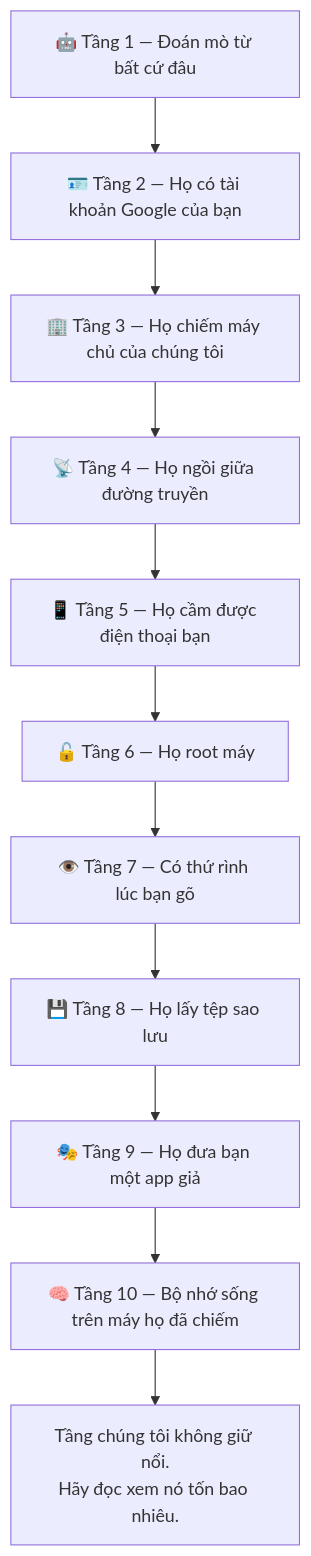
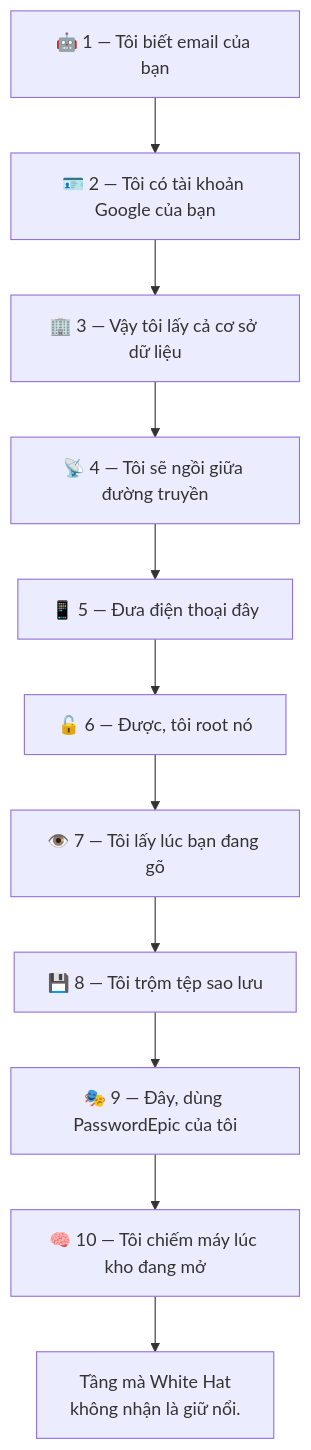
Before and after one commit to TuPhung369/passwordepic-website: the second of 11 diagrams in i18n/vi/docusaurus-plugin-content-docs/current/attack-scenarios.md, drawn with Mermaid. The commit also changed other lines of this file and 6 other files, not shown here.

````diff
--- a/i18n/vi/docusaurus-plugin-content-docs/current/attack-scenarios.md
+++ b/i18n/vi/docusaurus-plugin-content-docs/current/attack-scenarios.md
@@ -17,13 +41,13 @@
 ```mermaid
 flowchart TD
-  F1["🤖 Tầng 1 — Đoán mò từ bất cứ đâu"] --> F2["🪪 Tầng 2 — Họ có tài khoản Google của bạn"]
-  F2 --> F3["🏢 Tầng 3 — Họ chiếm máy chủ của chúng tôi"]
-  F3 --> F4["📡 Tầng 4 — Họ ngồi giữa đường truyền"]
-  F4 --> F5["📱 Tầng 5 — Họ cầm được điện thoại bạn"]
-  F5 --> F6["🔓 Tầng 6 — Họ root máy"]
-  F6 --> F7["👁️ Tầng 7 — Có thứ rình lúc bạn gõ"]
-  F7 --> F8["💾 Tầng 8 — Họ lấy tệp sao lưu"]
-  F8 --> F9["🎭 Tầng 9 — Họ đưa bạn một app giả"]
-  F9 --> F10["🧠 Tầng 10 — Bộ nhớ sống trên máy họ đã chiếm"]
-  F10 --> X["Tầng chúng tôi không giữ nổi.<br/>Hãy đọc xem nó tốn bao nhiêu."]
+  F1["🤖 1 — Tôi biết email của bạn"] --> F2["🪪 2 — Tôi có tài khoản Google của bạn"]
+  F2 --> F3["🏢 3 — Vậy tôi lấy cả cơ sở dữ liệu"]
+  F3 --> F4["📡 4 — Tôi sẽ ngồi giữa đường truyền"]
+  F4 --> F5["📱 5 — Đưa điện thoại đây"]
+  F5 --> F6["🔓 6 — Được, tôi root nó"]
+  F6 --> F7["👁️ 7 — Tôi lấy lúc bạn đang gõ"]
+  F7 --> F8["💾 8 — Tôi trộm tệp sao lưu"]
+  F8 --> F9["🎭 9 — Đây, dùng PasswordEpic của tôi"]
+  F9 --> F10["🧠 10 — Tôi chiếm máy lúc kho đang mở"]
+  F10 --> X["Tầng mà White Hat<br/>không nhận là giữ nổi."]
 ```
````
